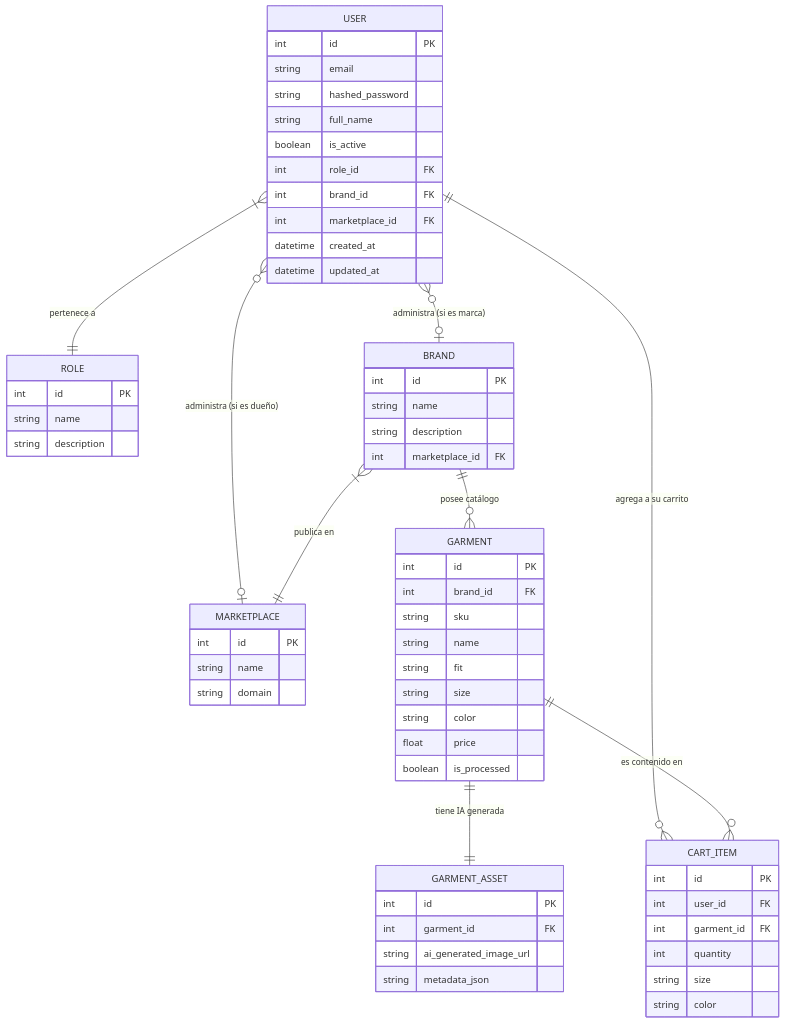
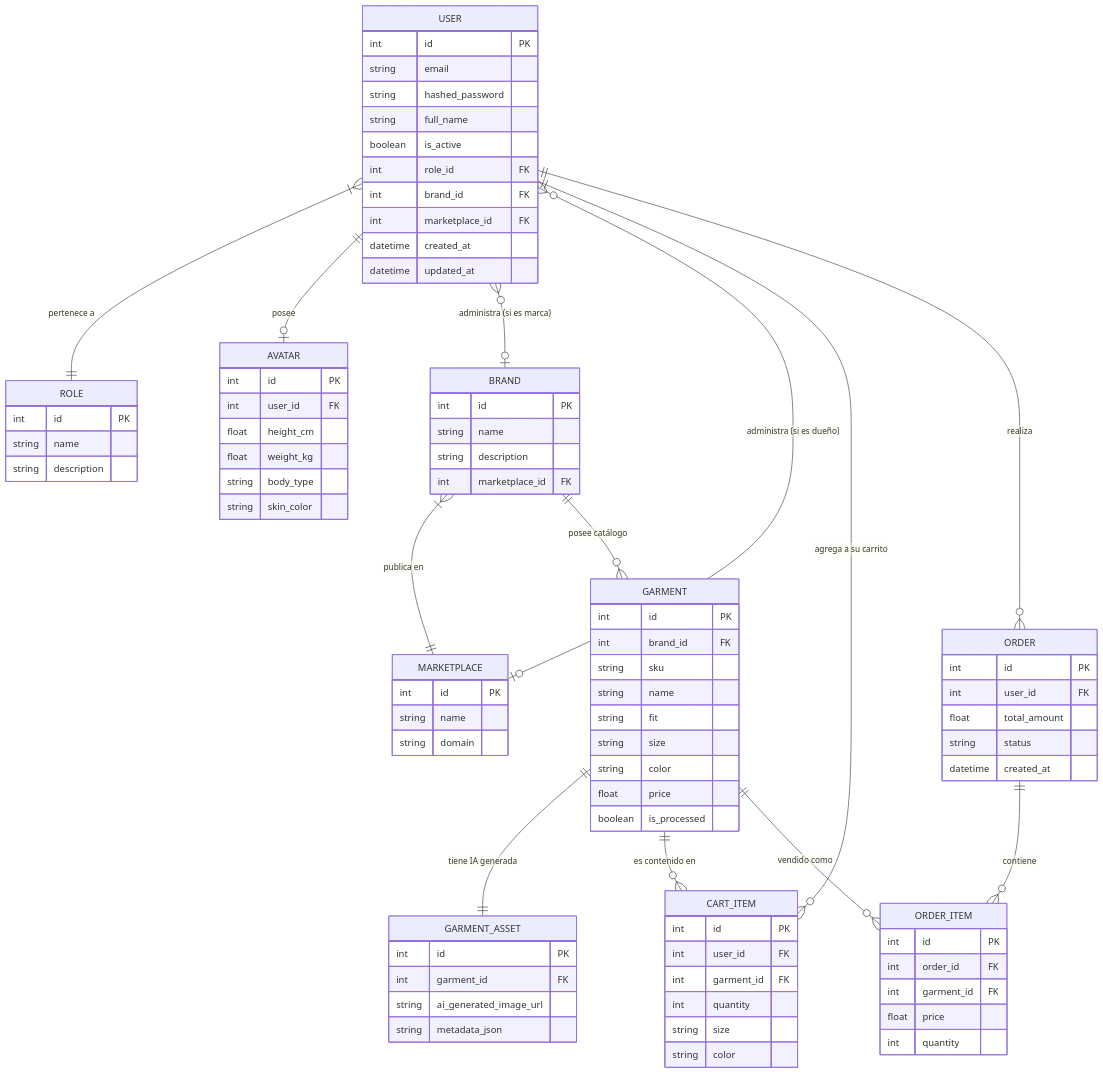
One commit to tominadal/TryOn_progra2 changed the diagram in docs/diagrama_entidad_relacion.md. Above: the diagram before and after it, drawn with Mermaid. The commit also changed 3 other files, not shown here.

````diff
--- a/docs/diagrama_entidad_relacion.md
+++ b/docs/diagrama_entidad_relacion.md
@@ -21,6 +21,15 @@
         string name
         string description
         int marketplace_id FK
+    }
+
+    AVATAR {
+        int id PK
+        int user_id FK
+        float height_cm
+        float weight_kg
+        string body_type
+        string skin_color
     }
 
     USER {
@@ -64,7 +73,24 @@
         string color
     }
 
+    ORDER {
+        int id PK
+        int user_id FK
+        float total_amount
+        string status
+        datetime created_at
+    }
+
+    ORDER_ITEM {
+        int id PK
+        int order_id FK
+        int garment_id FK
+        float price
+        int quantity
+    }
+
     USER }|--|| ROLE : "pertenece a"
+    USER ||--o| AVATAR : "posee"
     USER }o--o| BRAND : "administra (si es marca)"
     USER }o--o| MARKETPLACE : "administra (si es dueño)"
     BRAND }|--|| MARKETPLACE : "publica en"
@@ -74,4 +100,8 @@
     
     USER ||--o{ CART_ITEM : "agrega a su carrito"
     GARMENT ||--o{ CART_ITEM : "es contenido en"
+    
+    USER ||--o{ ORDER : "realiza"
+    ORDER ||--o{ ORDER_ITEM : "contiene"
+    GARMENT ||--o{ ORDER_ITEM : "vendido como"
 ```
````
